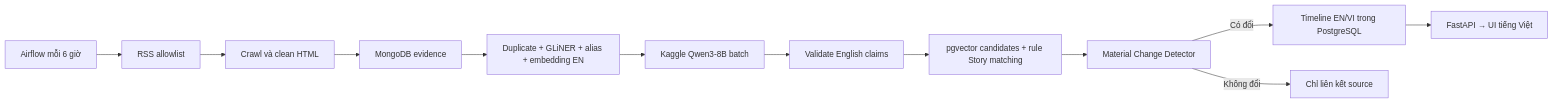
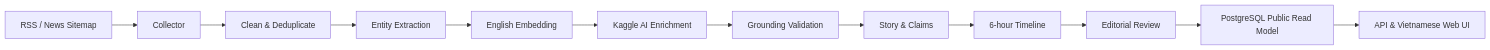
The diagram in README.md (marvinphung/project3), drawn with Mermaid before and after one commit. The commit also changed other lines of this file and 44 other files, not shown here.

First line of the commit message:
feat: connect production news flow to public UI

````diff
--- a/README.md
+++ b/README.md
@@ -88,14 +30,14 @@
 ```mermaid
 flowchart LR
-    A[Airflow mỗi 6 giờ] --> B[RSS allowlist]
-    B --> C[Crawl và clean HTML]
-    C --> D[MongoDB evidence]
-    D --> E[Duplicate + GLiNER + alias + embedding EN]
-    E --> F[Kaggle Qwen3-8B batch]
-    F --> G[Validate English claims]
-    G --> H[pgvector candidates + rule Story matching]
-    H --> I[Material Change Detector]
-    I -->|Có đổi| J[Timeline EN/VI trong PostgreSQL]
-    I -->|Không đổi| K[Chỉ liên kết source]
-    J --> L[FastAPI → UI tiếng Việt]
+    A[RSS / News Sitemap] --> B[Collector]
+    B --> C[Clean & Deduplicate]
+    C --> D[Entity Extraction]
+    D --> E[English Embedding]
+    E --> F[Kaggle AI Enrichment]
+    F --> G[Grounding Validation]
+    G --> H[Story & Claims]
+    H --> I[6-hour Timeline]
+    I --> J[Editorial Review]
+    J --> K[PostgreSQL Public Read Model]
+    K --> L[API & Vietnamese Web UI]
 ```
````
